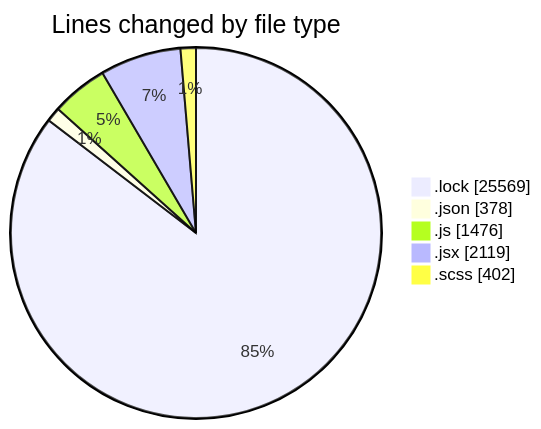
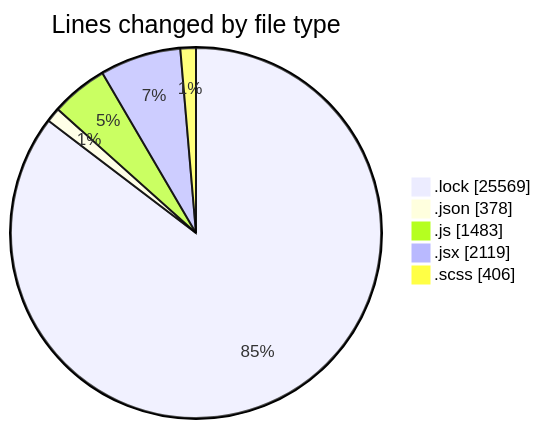
Before and after one commit to momahboobian/code-tracking: the first of 2 diagrams in 2026-01-07/cda/README.md, drawn with Mermaid. The commit also changed other lines of this file and 1 other file, not shown here.

````diff
--- a/2026-01-07/cda/README.md
+++ b/2026-01-07/cda/README.md
@@ -50,9 +50,9 @@
 ```mermaid
 pie showData
 title Lines changed by file type
 ".lock" : 25569
 ".json" : 378
-".js" : 1476
+".js" : 1483
 ".jsx" : 2119
-".scss" : 402
+".scss" : 406
 ```
````
